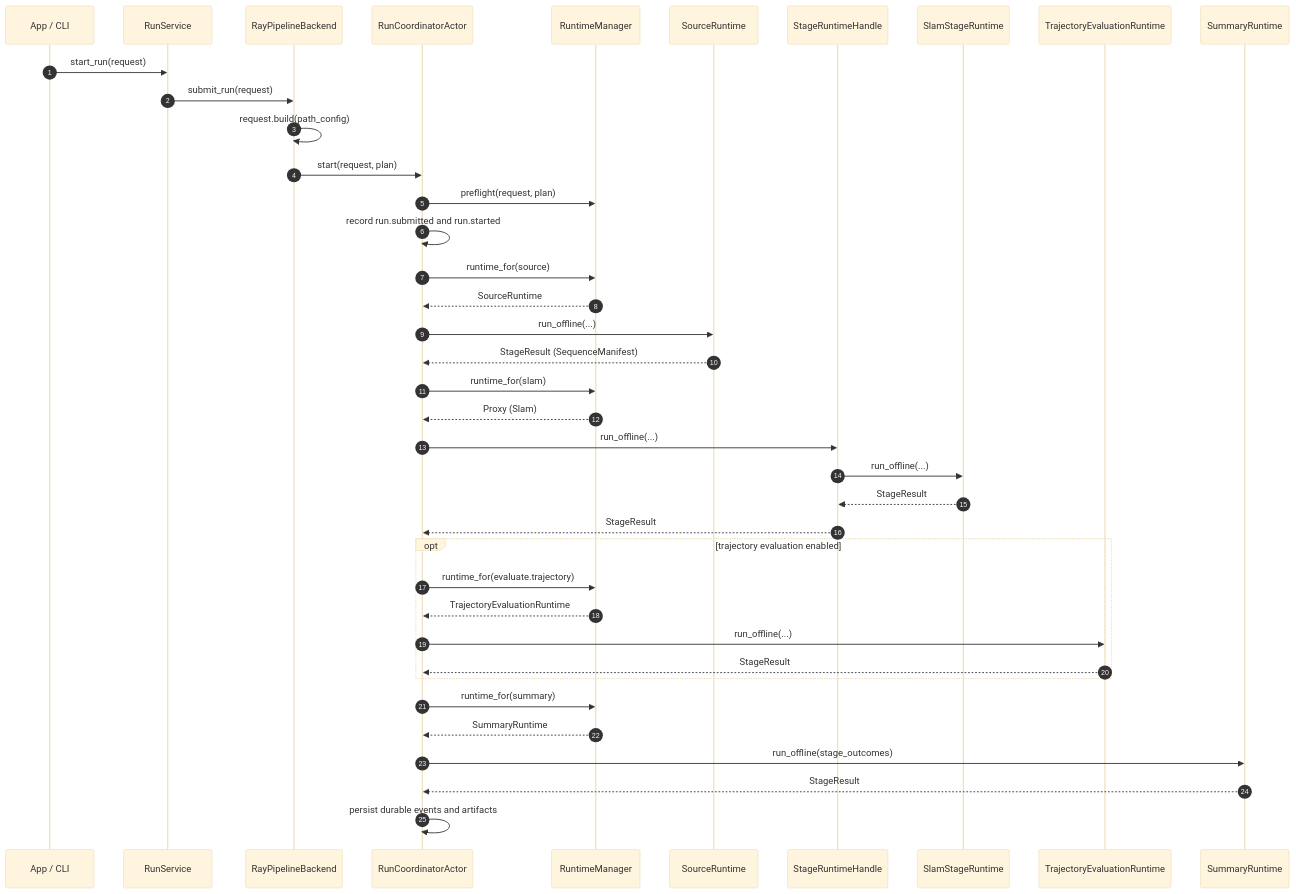
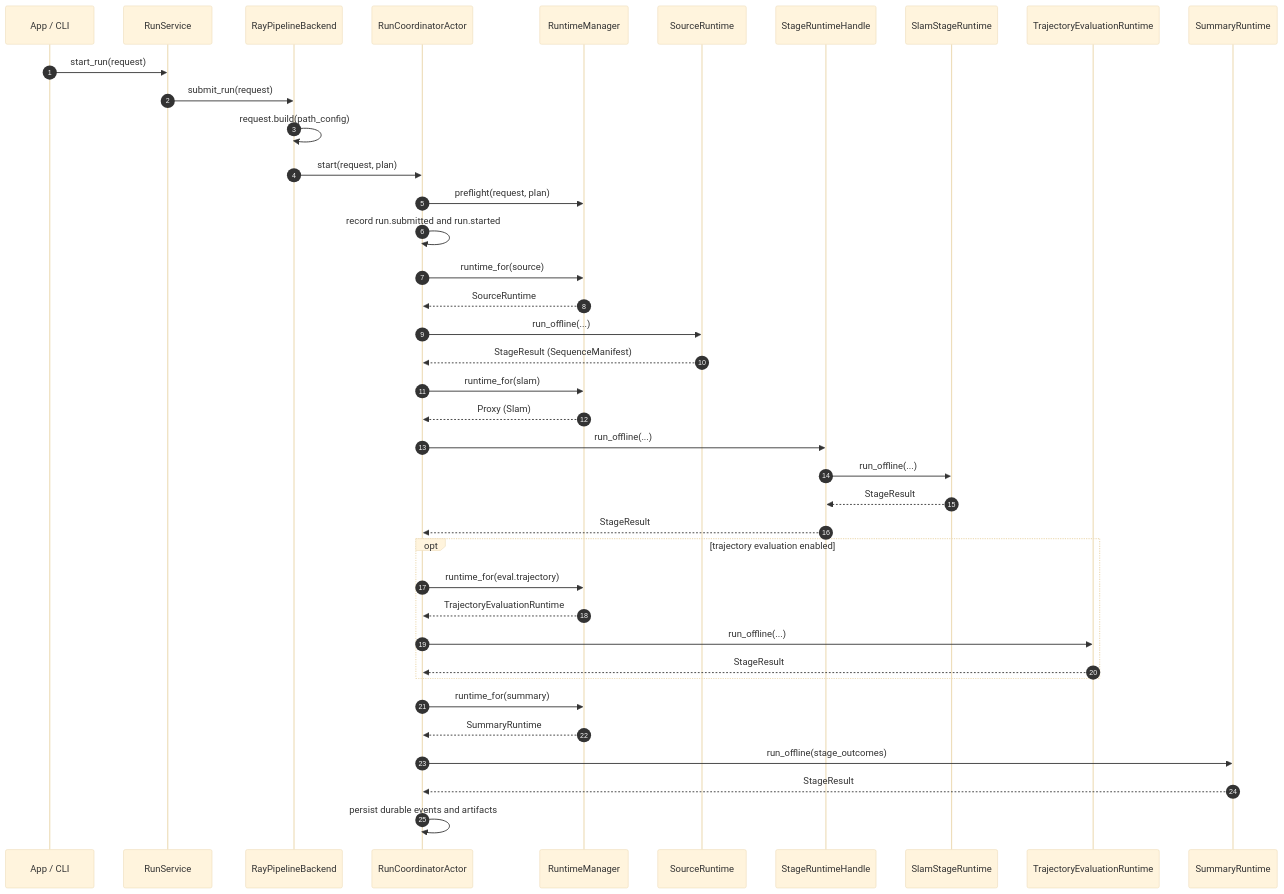
The diagram in docs/figures/mermaid/pipeline/pipeline_offline_lifecycle.mmd (JanDuchscherer104/prml-vslam), drawn with Mermaid before and after one commit. The commit also changed 31 other files, not shown here.

```diff
--- a/docs/figures/mermaid/pipeline/pipeline_offline_lifecycle.mmd
+++ b/docs/figures/mermaid/pipeline/pipeline_offline_lifecycle.mmd
@@ -1,55 +1,55 @@
 %%{init: {
   "theme": "base",
   "themeVariables": {
     "fontSize": "16px",
     "actorFontSize": "16px",
     "messageFontSize": "15px",
     "noteFontSize": "14px",
     "sequenceNumberFontSize": "13px"
   }
 }}%%
 sequenceDiagram
     autonumber
 
     participant Caller as App / CLI
     participant Service as RunService
     participant Backend as RayPipelineBackend
     participant Coord as RunCoordinatorActor
     participant RtmMgr as RuntimeManager
     participant Source as SourceRuntime
     participant Proxy as StageRuntimeHandle
     participant Slam as SlamStageRuntime
     participant Eval as TrajectoryEvaluationRuntime
     participant Summary as SummaryRuntime
 
     Caller->>Service: start_run(request)
     Service->>Backend: submit_run(request)
     Backend->>Backend: request.build(path_config)
     Backend->>Coord: start(request, plan)
     Coord->>RtmMgr: preflight(request, plan)
     Coord->>Coord: record run.submitted and run.started
 
     Coord->>RtmMgr: runtime_for(source)
     RtmMgr-->>Coord: SourceRuntime
     Coord->>Source: run_offline(...)
     Source-->>Coord: StageResult (SequenceManifest)
 
     Coord->>RtmMgr: runtime_for(slam)
     RtmMgr-->>Coord: Proxy (Slam)
     Coord->>Proxy: run_offline(...)
     Proxy->>Slam: run_offline(...)
     Slam-->>Proxy: StageResult
     Proxy-->>Coord: StageResult
 
     opt trajectory evaluation enabled
-        Coord->>RtmMgr: runtime_for(evaluate.trajectory)
+        Coord->>RtmMgr: runtime_for(eval.trajectory)
         RtmMgr-->>Coord: TrajectoryEvaluationRuntime
         Coord->>Eval: run_offline(...)
         Eval-->>Coord: StageResult
     end
 
     Coord->>RtmMgr: runtime_for(summary)
     RtmMgr-->>Coord: SummaryRuntime
     Coord->>Summary: run_offline(stage_outcomes)
     Summary-->>Coord: StageResult
     Coord->>Coord: persist durable events and artifacts
```
